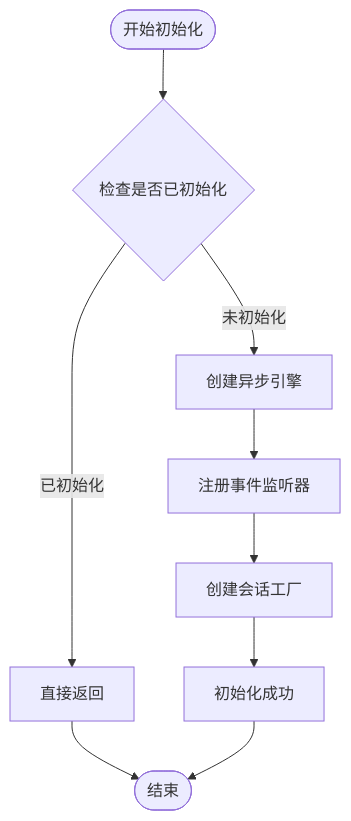
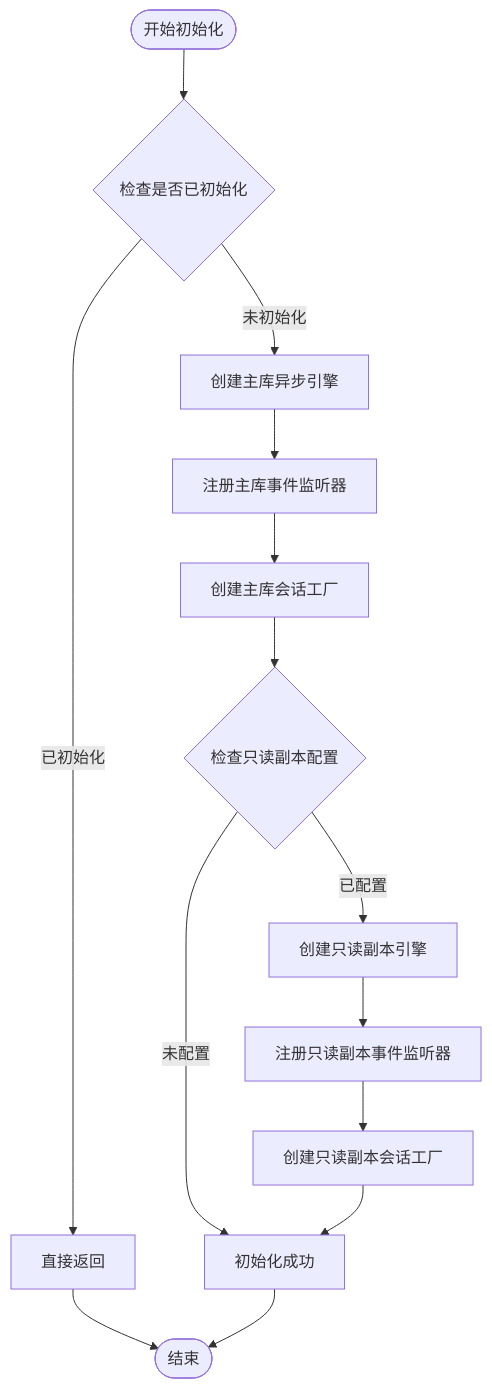
The third of 12 diagrams in .qoder/repowiki/zh/content/数据库集成/连接池管理.md (lilinzezzzzzz/fastapi-backend), drawn with Mermaid before and after one commit. The commit also changed other lines of this file and 42 other files, not shown here.

````diff
--- a/.qoder/repowiki/zh/content/数据库集成/连接池管理.md
+++ b/.qoder/repowiki/zh/content/数据库集成/连接池管理.md
@@ -149,11 +166,16 @@
 ```mermaid
 flowchart TD
 Start([开始初始化]) --> CheckInit{检查是否已初始化}
 CheckInit --> |已初始化| Return[直接返回]
-CheckInit --> |未初始化| CreateEngine[创建异步引擎]
-CreateEngine --> RegisterEvents[注册事件监听器]
-RegisterEvents --> CreateSessionMaker[创建会话工厂]
-CreateSessionMaker --> Success[初始化成功]
+CheckInit --> |未初始化| CreateMainEngine[创建主库异步引擎]
+CreateMainEngine --> RegisterMainEvents[注册主库事件监听器]
+RegisterMainEvents --> CreateMainSessionMaker[创建主库会话工厂]
+CreateMainSessionMaker --> CheckReadConfig{检查只读副本配置}
+CheckReadConfig --> |未配置| Success[初始化成功]
+CheckReadConfig --> |已配置| CreateReadEngine[创建只读副本引擎]
+CreateReadEngine --> RegisterReadEvents[注册只读副本事件监听器]
+RegisterReadEvents --> CreateReadSessionMaker[创建只读副本会话工厂]
+CreateReadSessionMaker --> Success
 Return --> End([结束])
 Success --> End
 ```
````
